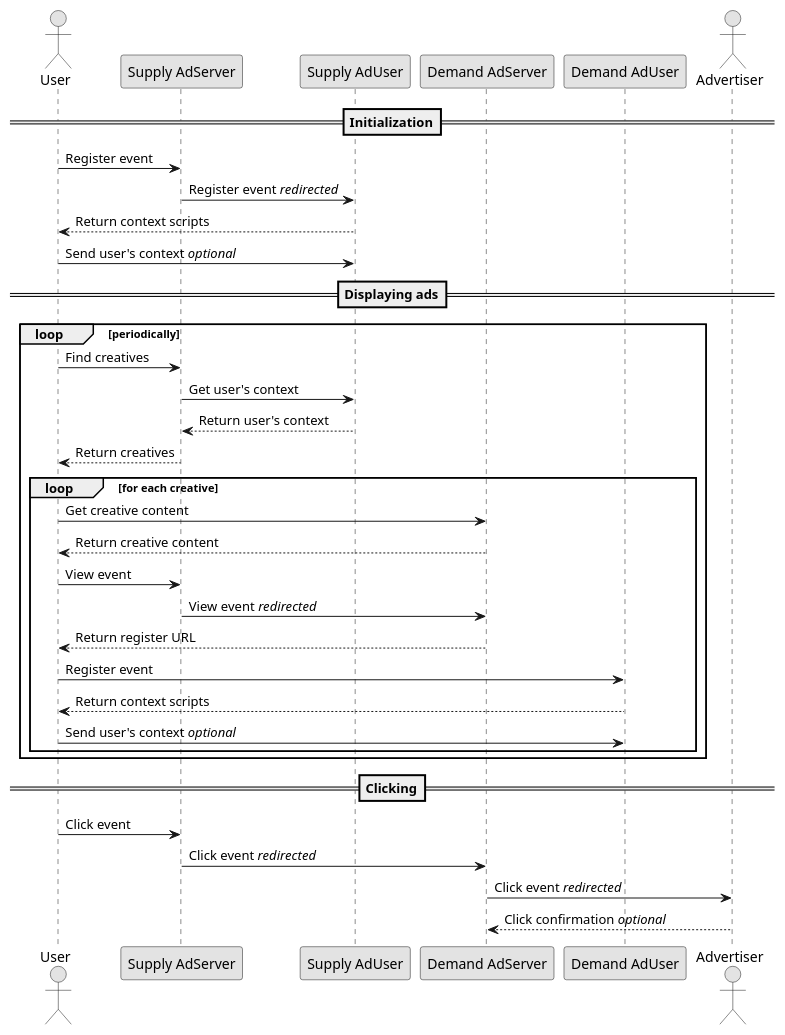
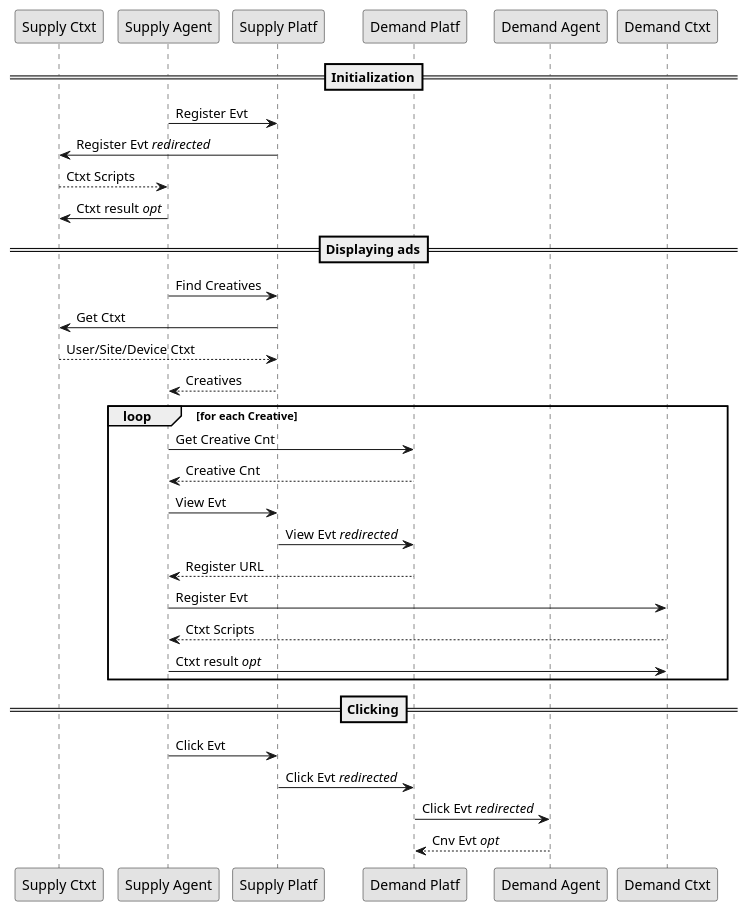
One commit to adshares/adshares-docs changed the diagram in protocol/impressions/index.rst. Above: the diagram before and after it, drawn with PlantUML. The commit also changed 10 other files, not shown here.

```diff
--- a/protocol/impressions/index.rst
+++ b/protocol/impressions/index.rst
@@ -6,46 +6,43 @@
 .. uml::
     :align: center
 
     skinparam monochrome true
 
-    actor       "User"              as user
-    participant "Supply AdServer"   as supplyServer
-    participant "Supply AdUser"     as supplyUser
-    participant "Demand AdServer"   as demandServer
-    participant "Demand AdUser"     as demandUser
-    actor       "Advertiser"        as advertiser
+    participant "Supply Ctxt"      as SCP
+    participant "Supply Agent"     as SSA
+    participant "Supply Platf"     as SSP
+    participant "Demand Platf"     as DSP
+    participant "Demand Agent"     as DSA
+    participant "Demand Ctxt"      as DCP    
 
     ==Initialization==
 
-    user -> supplyServer : Register event
-    supplyServer -> supplyUser : Register event //redirected//
-    supplyUser --> user: Return context scripts
-    user -> supplyUser: Send user's context //optional//
+    SSA -> SSP : Register Evt
+    SSP -> SCP : Register Evt //redirected//
+    SCP --> SSA: Ctxt Scripts
+    SSA -> SCP: Ctxt result //opt//
 
     ==Displaying ads==
 
-    loop periodically
-        user -> supplyServer : Find creatives
-        supplyServer -> supplyUser : Get user's context
-        supplyUser --> supplyServer : Return user's context
-        supplyServer --> user : Return creatives
+    SSA -> SSP : Find Creatives
+    SSP -> SCP : Get Ctxt
+    SCP --> SSP : User/Site/Device Ctxt
+    SSP --> SSA : Creatives
 
-        loop for each creative
-            user -> demandServer : Get creative content
-            demandServer --> user : Return creative content
-
-            user -> supplyServer : View event
-            supplyServer -> demandServer: View event //redirected//
-            demandServer --> user: Return register URL
-            user -> demandUser : Register event
-            demandUser --> user: Return context scripts
-            user -> demandUser: Send user's context //optional//
-        end
+    loop for each Creative
+        SSA -> DSP : Get Creative Cnt
+        DSP --> SSA : Creative Cnt
+        SSA -> SSP : View Evt
+        SSP -> DSP: View Evt //redirected//
+        DSP --> SSA: Register URL
+        SSA -> DCP : Register Evt
+        DCP --> SSA: Ctxt Scripts
+        SSA -> DCP: Ctxt result //opt//
     end
-
+    
     ==Clicking==
 
-    user -> supplyServer : Click event
-    supplyServer -> demandServer : Click event //redirected//
-    demandServer -> advertiser : Click event //redirected//
-    advertiser --> demandServer: Click confirmation //optional//
+    SSA -> SSP : Click Evt
+    SSP -> DSP : Click Evt //redirected//
+    DSP -> DSA : Click Evt //redirected//
+    DSA --> DSP: Cnv Evt //opt//
```
